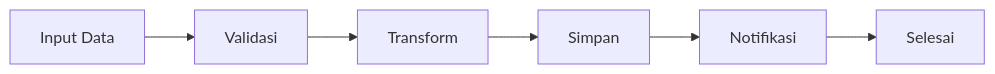
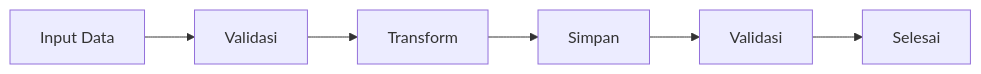
The third of 8 diagrams in flowcharts.mdx (alsyauqi/docs), drawn with Mermaid before and after one commit. The commit also changed other lines of this file, not shown here.

````diff
--- a/flowcharts.mdx
+++ b/flowcharts.mdx
@@ -38,8 +34,8 @@
 ```mermaid
 flowchart LR
     A[Input Data] --> B[Validasi]
     B --> C[Transform]
     C --> D[Simpan]
-    D --> E[Notifikasi]
+    D --> E[Validasi]
     E --> F[Selesai]
 ```
````
